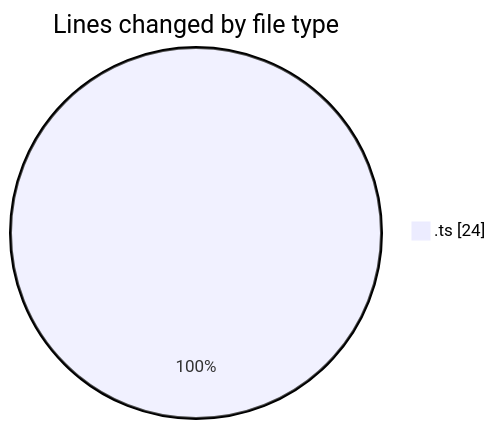
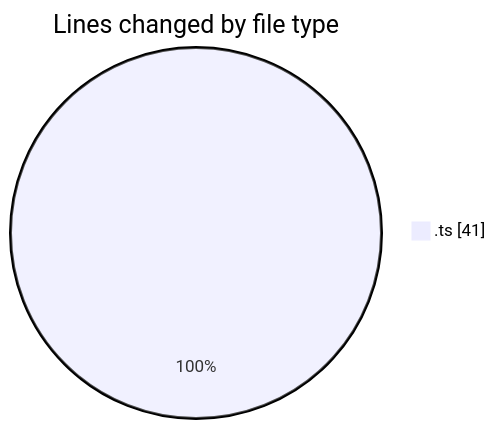
The first of 2 diagrams in 2025-08-19/cda/README.md (momahboobian/code-tracking), drawn with Mermaid before and after one commit. The commit also changed other lines of this file and 1 other file, not shown here.

````diff
--- a/2025-08-19/cda/README.md
+++ b/2025-08-19/cda/README.md
@@ -21,5 +21,5 @@
 ```mermaid
 pie showData
 title Lines changed by file type
-".ts" : 24
+".ts" : 41
 ```
````
